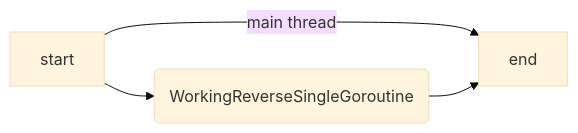
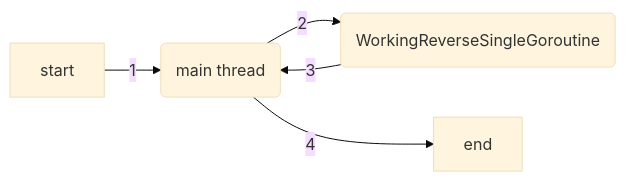
The first of 2 diagrams in concurrency/1_basic_goroutine/README.md (albingeorge/golang-patterns), drawn with Mermaid (base theme) before and after one commit. The commit also changed other lines of this file, not shown here.

Commit message:
fix: Correction for WorkingReverseSingleGoroutine explanation

````diff
--- a/concurrency/1_basic_goroutine/README.md
+++ b/concurrency/1_basic_goroutine/README.md
@@ -33,7 +31,7 @@
     ```mermaid
     flowchart LR
-        A[start] --> |main thread| C[end]
-        A --> B(WorkingReverseSingleGoroutine)
-        B --> C
-
+        A[start] --> |1| B(main thread)
+        B --> |2| C(WorkingReverseSingleGoroutine)
+        C --> |3| B
+        B --> |4| D[end]
     ```
````
